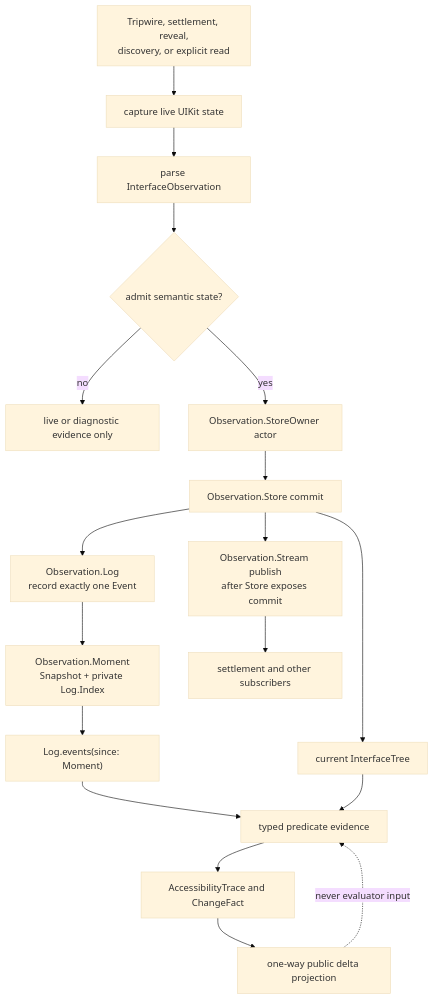
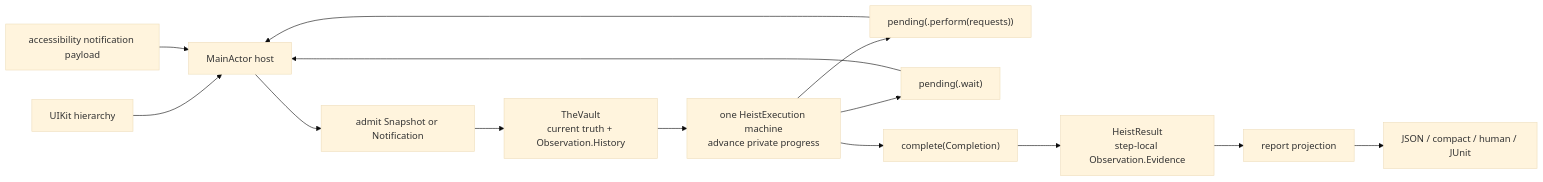
Before and after one commit to RoyalPineapple/TheButtonHeist: the diagram in docs/diagrams/observation-pipeline.md, drawn with Mermaid (base theme). The commit also changed other lines of this file and 326 other files, not shown here.

Commit message:
Complete canonical observation execution migration

````diff
--- a/docs/diagrams/observation-pipeline.md
+++ b/docs/diagrams/observation-pipeline.md
@@ -22,20 +9,16 @@
 ```mermaid
-flowchart TD
-    Trigger["Tripwire, settlement, reveal,<br/>discovery, or explicit read"] --> Capture["capture live UIKit state"]
-    Capture --> Parse["parse InterfaceObservation"]
-    Parse --> Admit{"admit semantic state?"}
-    Admit -->|no| Diagnostic["live or diagnostic evidence only"]
-    Admit -->|yes| StoreOwner["Observation.StoreOwner actor"]
-    StoreOwner --> Commit["Observation.Store commit"]
-    Commit --> Current["current InterfaceTree"]
-    Commit --> Log["Observation.Log<br/>record exactly one Event"]
-    Log --> Moment["Observation.Moment<br/>Snapshot + private Log.Index"]
-    Commit --> Publish["Observation.Stream publish<br/>after Store exposes commit"]
-    Publish --> Subscribers["settlement and other subscribers"]
-    Moment --> Events["Log.events(since: Moment)"]
-    Events --> Predicate["typed predicate evidence"]
-    Current --> Predicate
-    Predicate --> Trace["AccessibilityTrace and ChangeFact"]
-    Trace --> Delta["one-way public delta projection"]
-    Delta -. "never evaluator input" .-> Predicate
+flowchart LR
+    UIKit["UIKit hierarchy"] --> Host["MainActor host"]
+    Notice["accessibility notification payload"] --> Host
+    Host --> Admit["admit Snapshot or Notification"]
+    Admit --> Vault["TheVault<br/>current truth + Observation.History"]
+    Vault --> Machine["one HeistExecution machine<br/>advance private progress"]
+    Machine --> Perform["pending(.perform(requests))"]
+    Machine --> Wait["pending(.wait)"]
+    Machine --> Complete["complete(Completion)"]
+    Perform --> Host
+    Wait --> Host
+    Complete --> Result["HeistResult<br/>step-local Observation.Evidence"]
+    Result --> Report["report projection"]
+    Report --> Render["JSON / compact / human / JUnit"]
 ```
````
